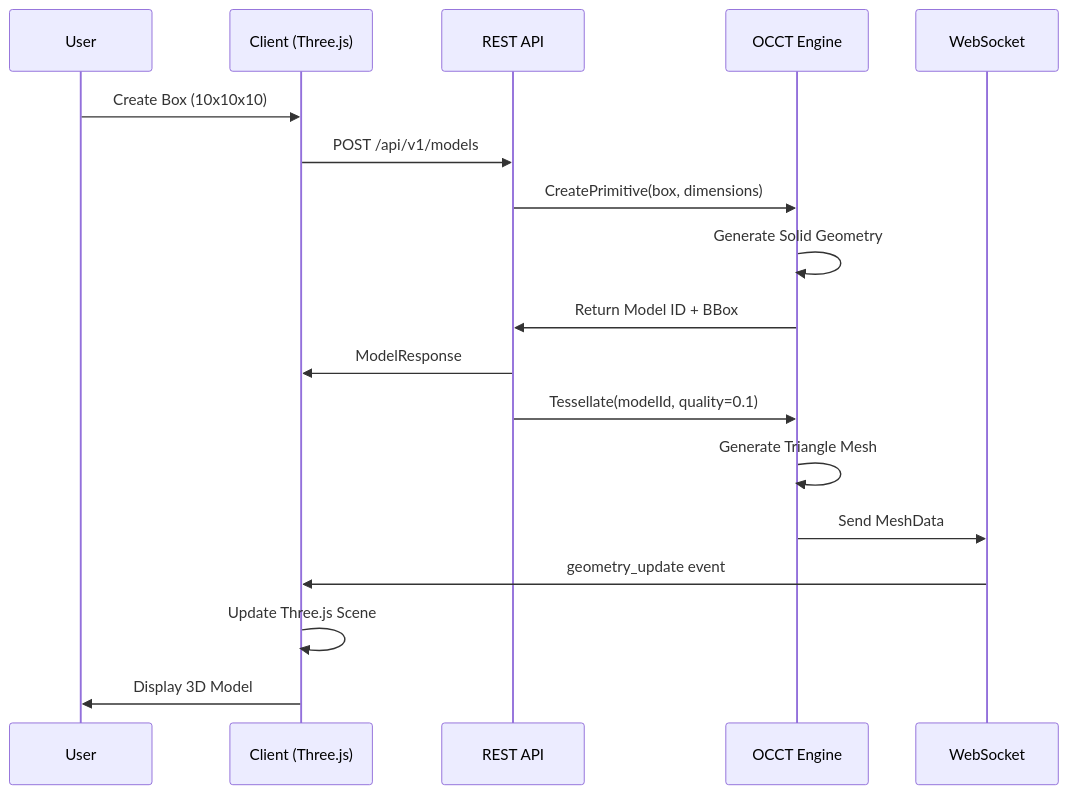
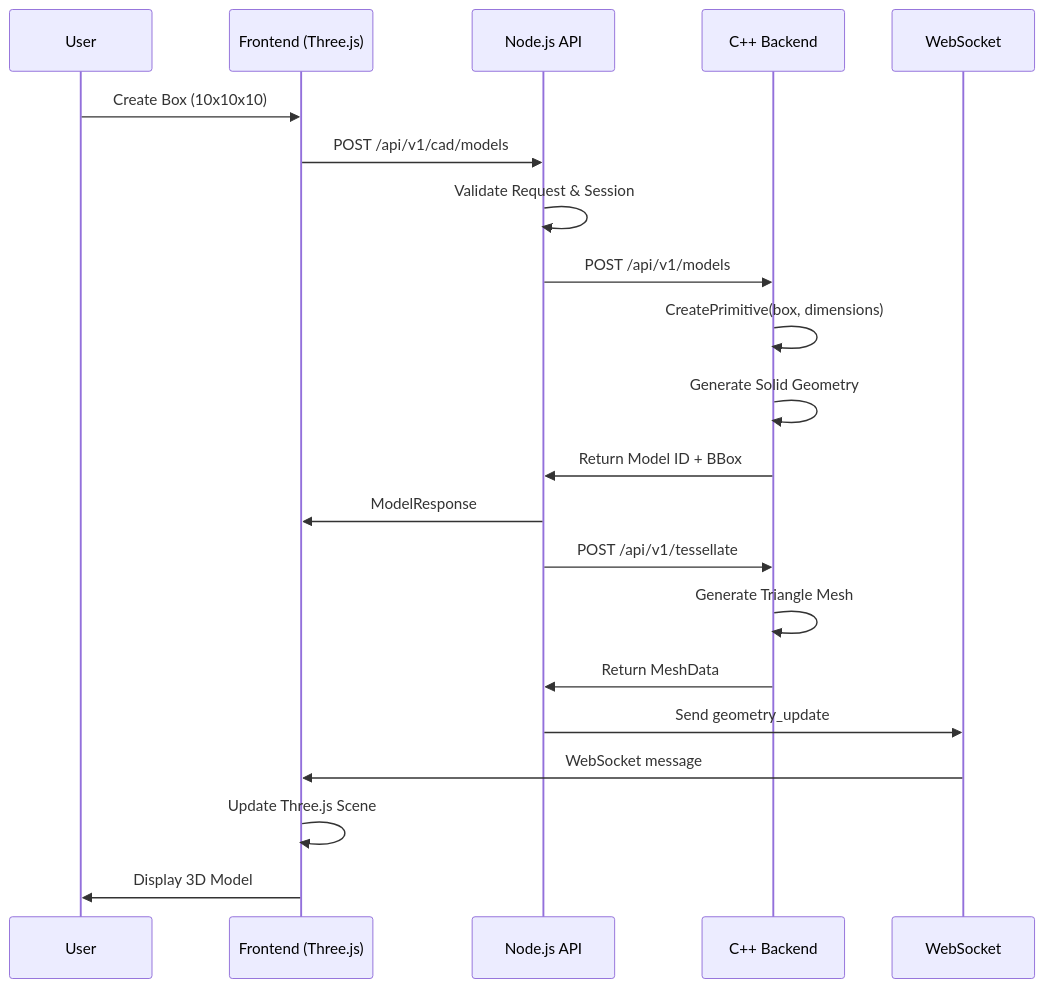
Before and after one commit to modeofO/Dimes: the second of 2 diagrams in README.md, drawn with Mermaid. The commit also changed other lines of this file and 18 other files, not shown here.

Commit message:
feat: adding in backend api server. tried to fix default rendering cube

````diff
--- a/README.md
+++ b/README.md
@@ -64,22 +99,25 @@
 ```mermaid
 sequenceDiagram
     participant U as User
-    participant C as Client (Three.js)
-    participant A as REST API
-    participant O as OCCT Engine
+    participant F as Frontend (Three.js)
+    participant N as Node.js API
+    participant C as C++ Backend
     participant W as WebSocket
     
-    U->>C: Create Box (10x10x10)
-    C->>A: POST /api/v1/models
-    A->>O: CreatePrimitive(box, dimensions)
-    O->>O: Generate Solid Geometry
-    O->>A: Return Model ID + BBox
-    A->>C: ModelResponse
+    U->>F: Create Box (10x10x10)
+    F->>N: POST /api/v1/cad/models
+    N->>N: Validate Request & Session
+    N->>C: POST /api/v1/models
+    C->>C: CreatePrimitive(box, dimensions)
+    C->>C: Generate Solid Geometry
+    C->>N: Return Model ID + BBox
+    N->>F: ModelResponse
     
-    A->>O: Tessellate(modelId, quality=0.1)
-    O->>O: Generate Triangle Mesh
-    O->>W: Send MeshData
-    W->>C: geometry_update event
-    C->>C: Update Three.js Scene
-    C->>U: Display 3D Model
+    N->>C: POST /api/v1/tessellate
+    C->>C: Generate Triangle Mesh
+    C->>N: Return MeshData
+    N->>W: Send geometry_update
+    W->>F: WebSocket message
+    F->>F: Update Three.js Scene
+    F->>U: Display 3D Model
 ```
````
